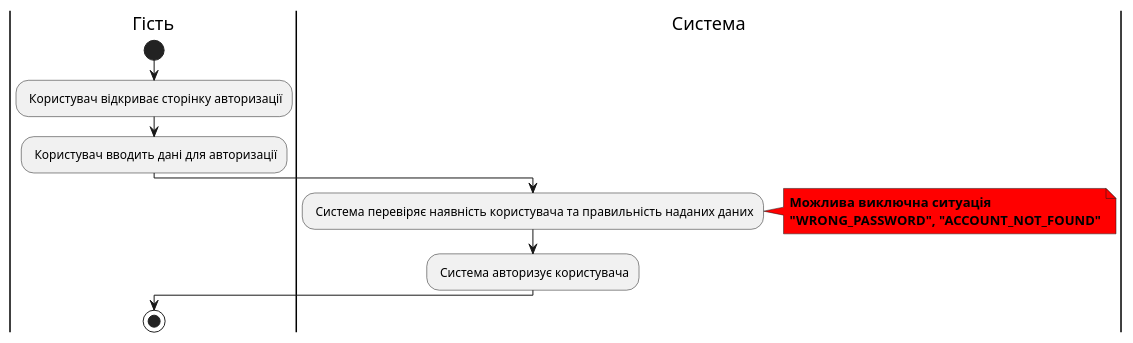
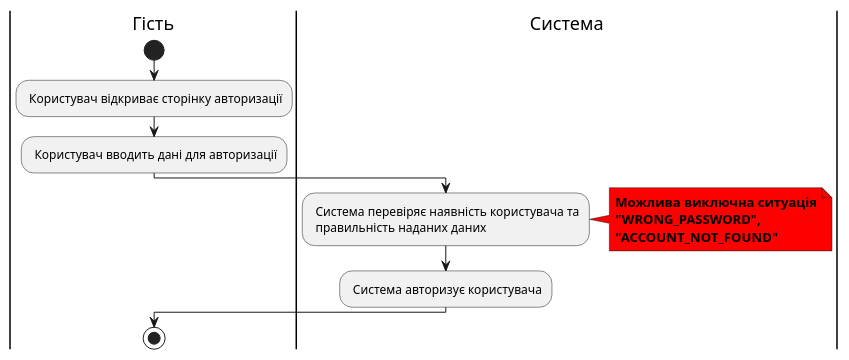
One commit to zhkcll/lab6 changed the sixth of 14 diagrams in docs/use_cases.md. Above: the diagram before and after it, drawn with PlantUML. The commit also changed other lines of this file, not shown here.

````diff
--- a/docs/use_cases.md
+++ b/docs/use_cases.md
@@ -175,21 +175,22 @@
 ```plantuml
 @startuml
 
 |Гість|
 start
 : Користувач відкриває сторінку авторизації;
 : Користувач вводить дані для авторизації;
 
 |Система|
-: Система перевіряє наявність користувача та правильність наданих даних;
+: Система перевіряє наявність користувача та\n правильність наданих даних;
 note right #ff0000
 <b>Можлива виключна ситуація</b>
-<b>"WRONG_PASSWORD", "ACCOUNT_NOT_FOUND"</b>
+<b>"WRONG_PASSWORD",</b>
+<b>"ACCOUNT_NOT_FOUND"</b>
 end note
 : Система авторизує користувача;
 
 |Гість|
 stop
 
 @enduml
 ```
````
